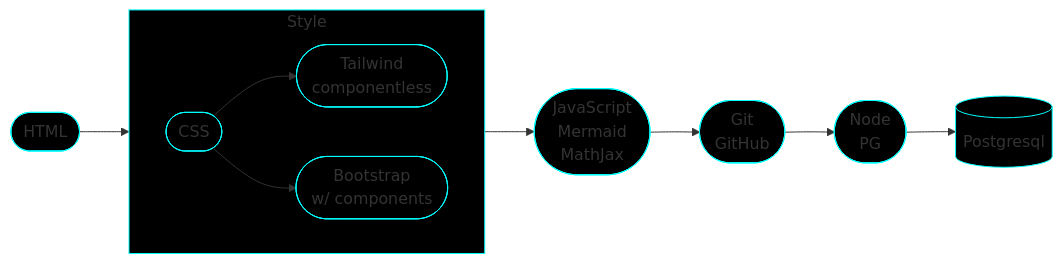
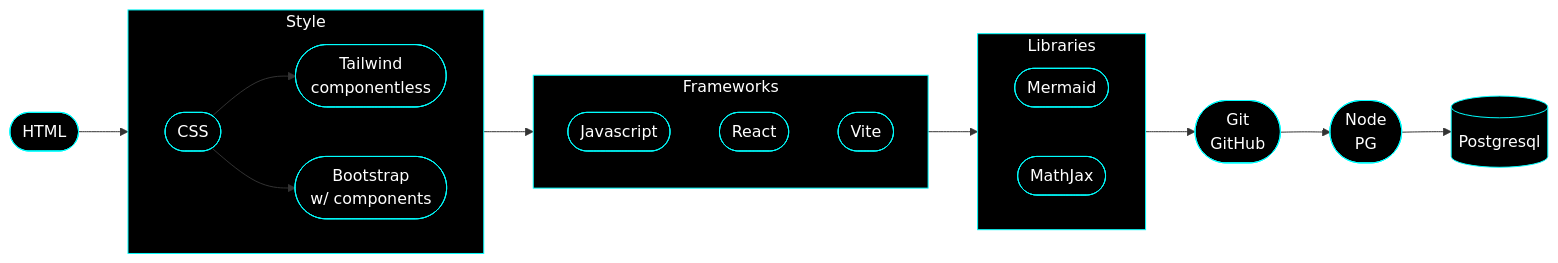
The diagram in readme.md (frankburgs/frankburgs), drawn with Mermaid before and after one commit.

Commit message:
added items

````diff
--- a/readme.md
+++ b/readme.md
@@ -35,18 +35,33 @@
 ``` mermaid
       flowchart LR;
       html([HTML]) --> Style;
+
       subgraph Style;
         direction LR;
         CSS([CSS]) --> Tailwind([Tailwind<br/>componentless]);
         CSS --> Bootstrap([Bootstrap<br/>w/ components]);
       end;
-      Style --> js([JavaScript<br/>Mermaid<br/>MathJax]);
-      js --> gh([Git<br/>GitHub]);
+      
+      subgraph Frameworks;
+        direction TB
+        js([Javascript])
+        react([React])
+        vite([Vite])
+      end;
+
+      Style --> Frameworks;
+
+      subgraph Libraries;
+        direction LR
+        merm([Mermaid])
+        math([MathJax])
+      end;
+
+      Frameworks --> Libraries;
+
+      Libraries --> gh([Git<br/>GitHub]);
       gh --> node([Node<br/>PG]);
       node --> sql[(Postgresql)];
-
-      
-      class html,js,gh,node,sql,Style,CSS,Tailwind,Bootstrap cssClass;
-
-      classDef cssClass fill:black,stroke:aqua;
+      class html,js,vite,react,gh,node,sql,merm,math,Frameworks,Libraries,Style,CSS,Tailwind,Bootstrap cssClass;
+      classDef cssClass fill:black,stroke:aqua,color:white;
 ```
````
